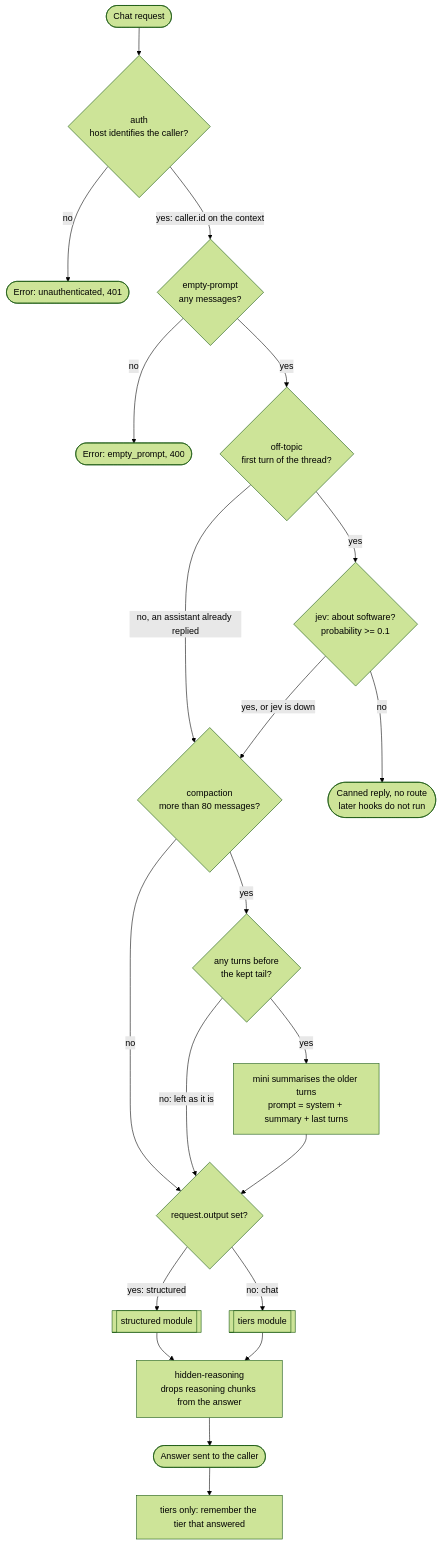
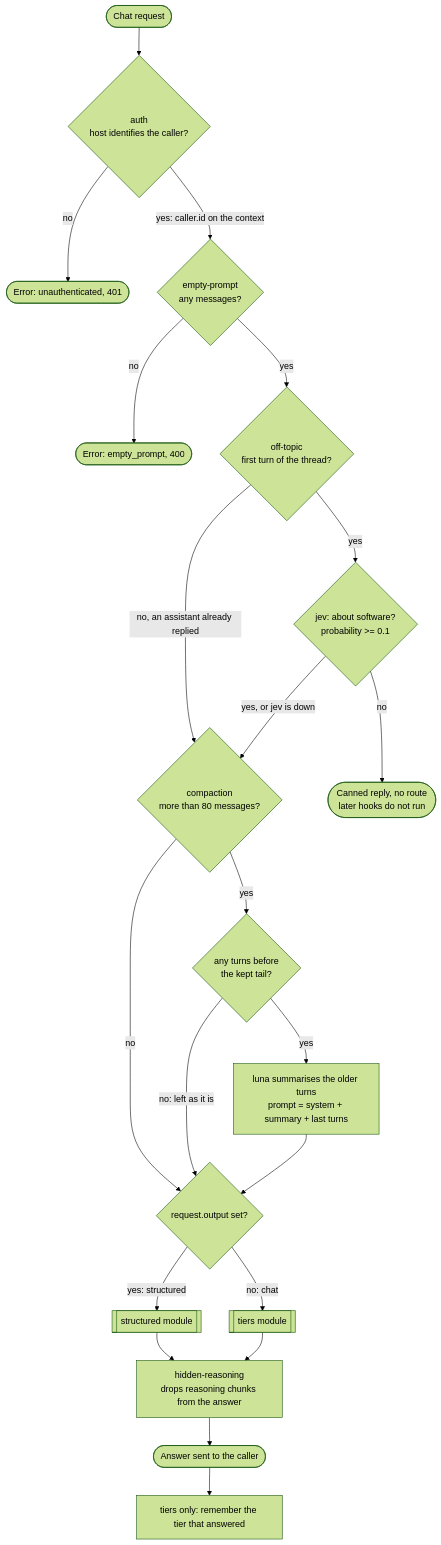
One commit to skrrt-sh/motty-sdk changed the first of 3 diagrams in examples/coder/README.md. Above: the diagram before and after it, drawn with Mermaid (forest theme). The commit also changed other lines of this file and 138 other files, not shown here.

````diff
--- a/examples/coder/README.md
+++ b/examples/coder/README.md
@@ -13,29 +13,29 @@
 ```mermaid
 flowchart TD
   request([Chat request]) --> auth{"auth<br/>host identifies the caller?"}
   auth -- no --> rejected(["Error: unauthenticated, 401"])
   auth -- "yes: caller.id on the context" --> empty{"empty-prompt<br/>any messages?"}
   empty -- no --> emptyError(["Error: empty_prompt, 400"])
   empty -- yes --> opening{"off-topic<br/>first turn of the thread?"}
 
   opening -- "no, an assistant already replied" --> long
   opening -- yes --> topic{"jev: about software?<br/>probability >= 0.1"}
   topic -- "yes, or jev is down" --> long
   topic -- no --> canned(["Canned reply, no route<br/>later hooks do not run"])
 
   long{"compaction<br/>more than 80 messages?"}
   long -- no --> kind
   long -- yes --> older{"any turns before<br/>the kept tail?"}
   older -- "no: left as it is" --> kind
-  older -- yes --> summarise["mini summarises the older turns<br/>prompt = system + summary + last turns"]
+  older -- yes --> summarise["luna summarises the older turns<br/>prompt = system + summary + last turns"]
   summarise --> kind
 
   kind{"request.output set?"}
   kind -- "yes: structured" --> structured[[structured module]]
   kind -- "no: chat" --> tiers[[tiers module]]
 
   structured --> strip
   tiers --> strip
   strip["hidden-reasoning<br/>drops reasoning chunks from the answer"] --> sent([Answer sent to the caller])
   sent --> remember["tiers only: remember the tier that answered"]
 ```
````
